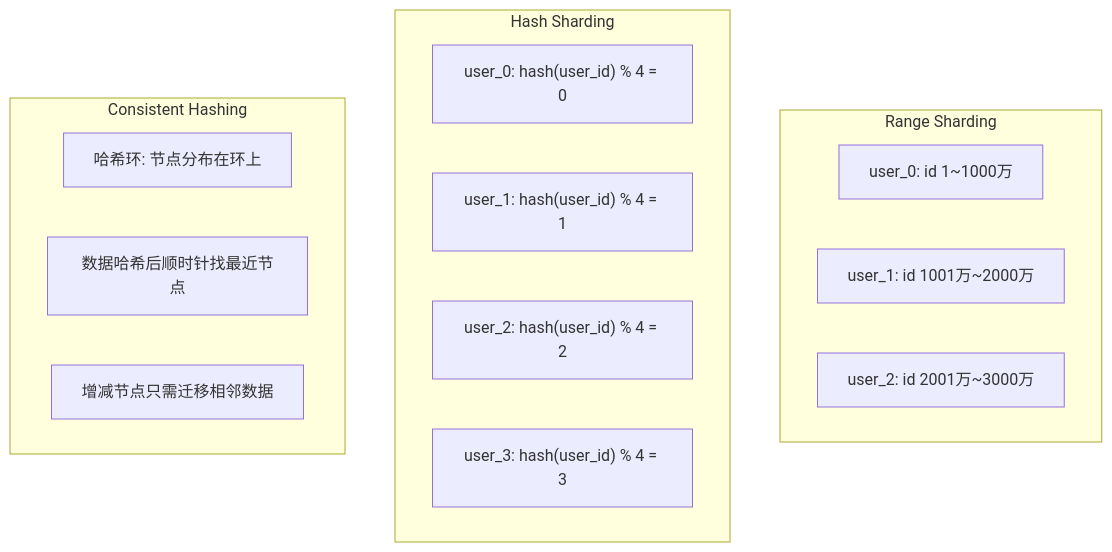
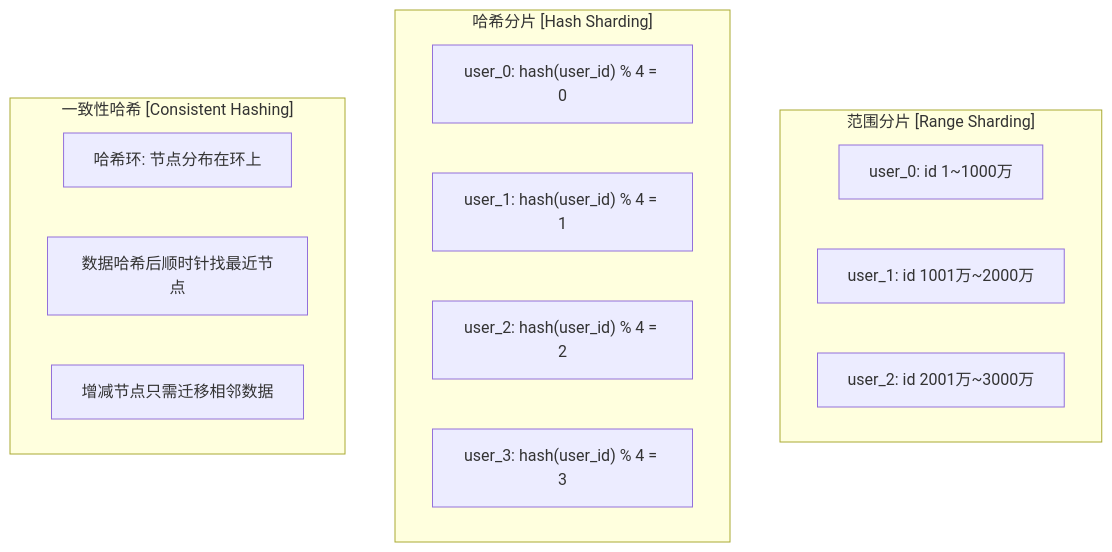
Before and after one commit to kane201x/javadoc: the eighth of 20 diagrams in 08-mysql/README.md, drawn with Mermaid. The commit also changed other lines of this file and 12 other files, not shown here.

First line of the commit message:
fix: correct mermaid diagram syntax across all modules

````diff
--- a/08-mysql/README.md
+++ b/08-mysql/README.md
@@ -789,21 +789,21 @@
 ```mermaid
 graph TB
-    subgraph 范围分片[Range Sharding]
+    subgraph range_shard["范围分片 [Range Sharding]"]
         R1["user_0: id 1~1000万"]
         R2["user_1: id 1001万~2000万"]
         R3["user_2: id 2001万~3000万"]
     end
 
-    subgraph 哈希分片[Hash Sharding]
+    subgraph hash_shard["哈希分片 [Hash Sharding]"]
         H1["user_0: hash(user_id) % 4 = 0"]
         H2["user_1: hash(user_id) % 4 = 1"]
         H3["user_2: hash(user_id) % 4 = 2"]
         H4["user_3: hash(user_id) % 4 = 3"]
     end
 
-    subgraph 一致性哈希[Consistent Hashing]
+    subgraph consistent_hash["一致性哈希 [Consistent Hashing]"]
         C1["哈希环: 节点分布在环上"]
         C2["数据哈希后顺时针找最近节点"]
         C3["增减节点只需迁移相邻数据"]
     end
 ```
````
